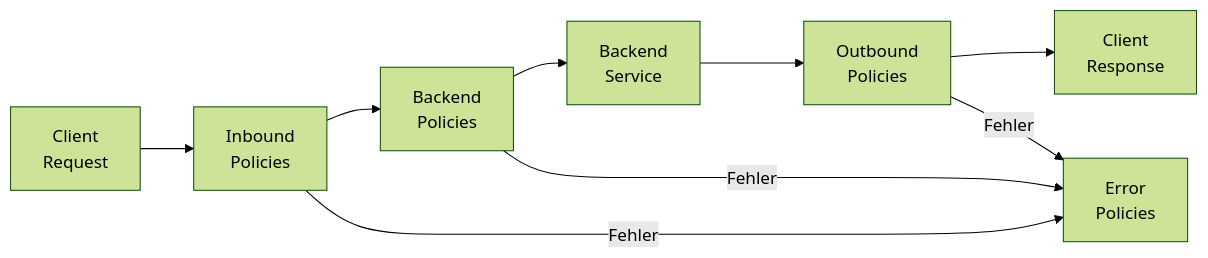
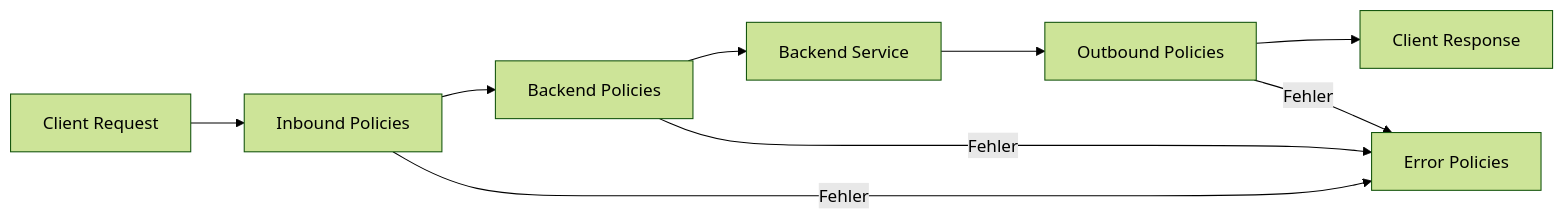
Before and after one commit to SoniiiT/notes-n-docs: the second of 5 diagrams in Microsoft 365/Azure/Integration und Messaging/Azure API Management.md, drawn with Mermaid (forest theme). The commit also changed other lines of this file and 124 other files, not shown here.

First line of the commit message:
fix: Entferne \n aus allen Mermaid-Diagrammen (125 Dateien)

````diff
--- a/Microsoft 365/Azure/Integration und Messaging/Azure API Management.md
+++ b/Microsoft 365/Azure/Integration und Messaging/Azure API Management.md
@@ -99,11 +99,11 @@
 ```mermaid
 flowchart LR
-    REQ[Client\nRequest] --> IB[Inbound\nPolicies]
-    IB --> BE[Backend\nPolicies]
-    BE --> BK[Backend\nService]
-    BK --> OB[Outbound\nPolicies]
-    OB --> RES[Client\nResponse]
-    IB -- Fehler --> ERR[Error\nPolicies]
+    REQ[Client Request] --> IB[Inbound Policies]
+    IB --> BE[Backend Policies]
+    BE --> BK[Backend Service]
+    BK --> OB[Outbound Policies]
+    OB --> RES[Client Response]
+    IB -- Fehler --> ERR[Error Policies]
     BE -- Fehler --> ERR
     OB -- Fehler --> ERR
 ```
````
